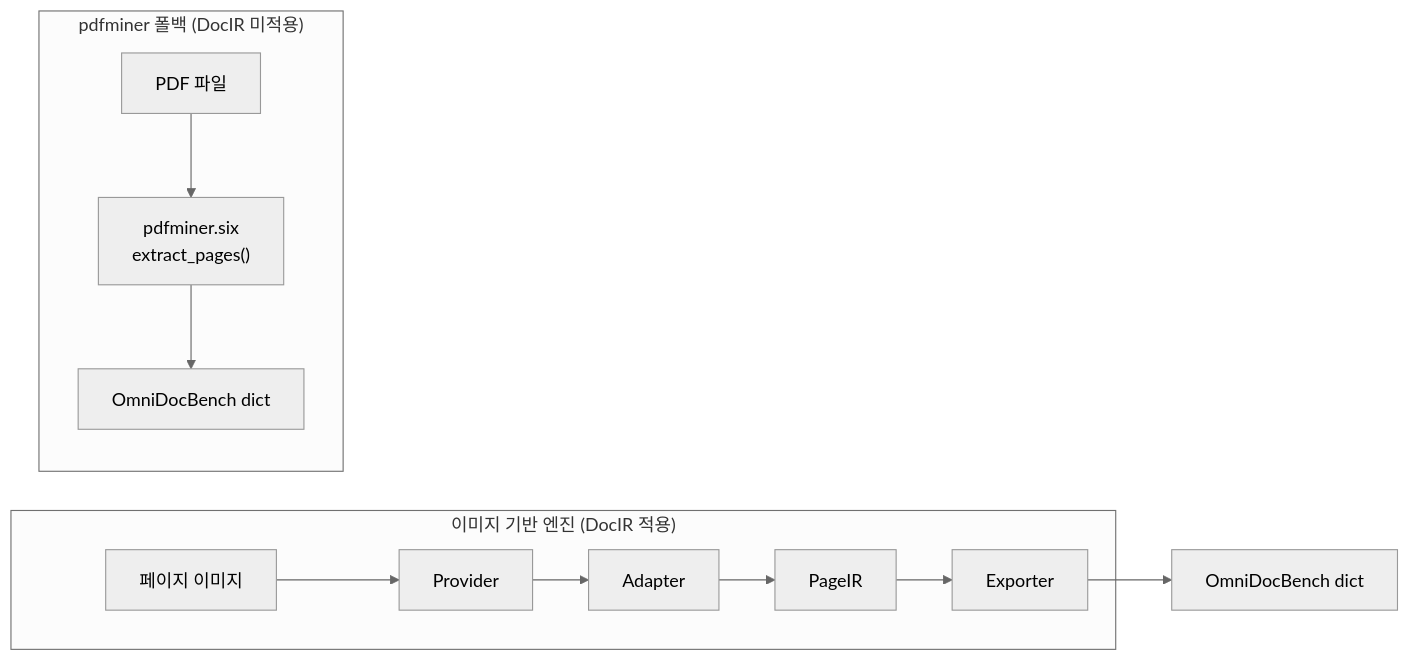
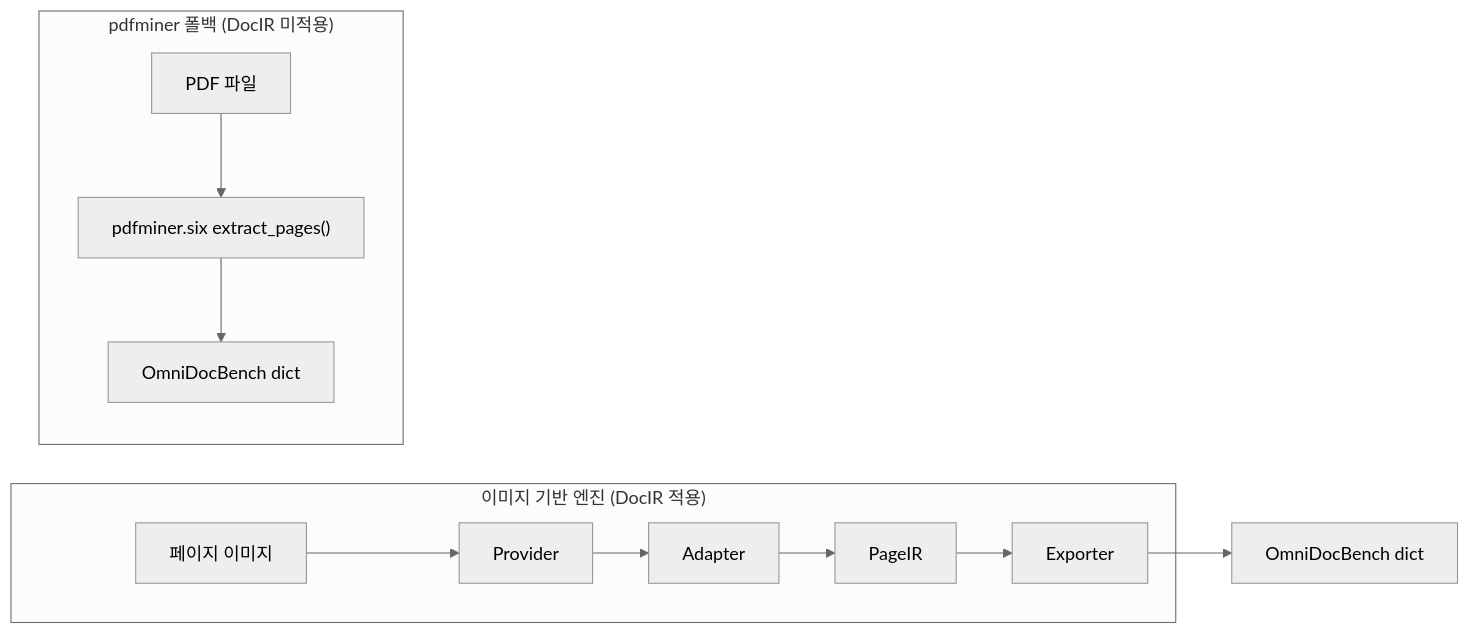
Before and after one commit to appleparan/saegim: the third of 7 diagrams in docs/architecture/docir-architecture.md, drawn with Mermaid (neutral theme). The commit also changed other lines of this file, not shown here.

First line of the commit message:
docs: fix mermaid node labels for GitHub compatibility

````diff
--- a/docs/architecture/docir-architecture.md
+++ b/docs/architecture/docir-architecture.md
@@ -77,16 +77,16 @@
 ```mermaid
 flowchart LR
     subgraph DocIR["이미지 기반 엔진 (DocIR 적용)"]
         IMG["페이지 이미지"] --> PROV["Provider"]
         PROV --> ADPT["Adapter"]
         ADPT --> PIR["PageIR"]
         PIR --> EXP["Exporter"]
     end
 
     subgraph Pdfminer["pdfminer 폴백 (DocIR 미적용)"]
-        PDF["PDF 파일"] --> PM["pdfminer.six\nextract_pages()"]
+        PDF["PDF 파일"] --> PM["pdfminer.six extract_pages()"]
         PM --> ODB2["OmniDocBench dict"]
     end
 
     EXP --> ODB1["OmniDocBench dict"]
 ```
````
